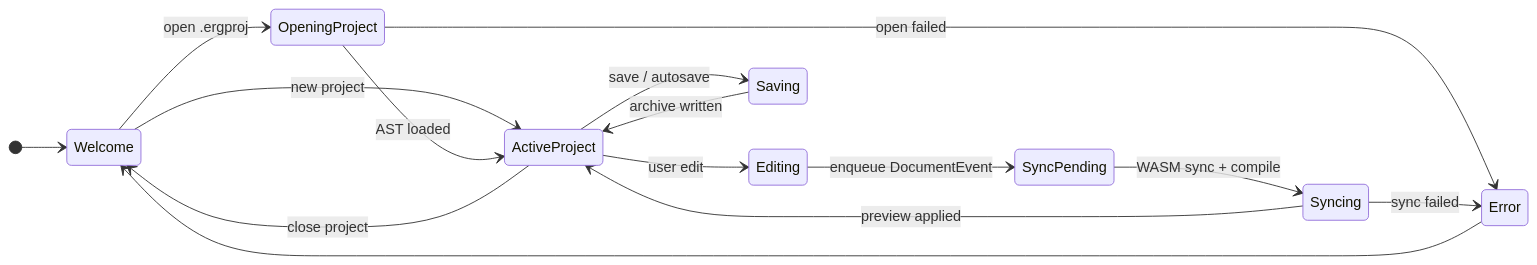
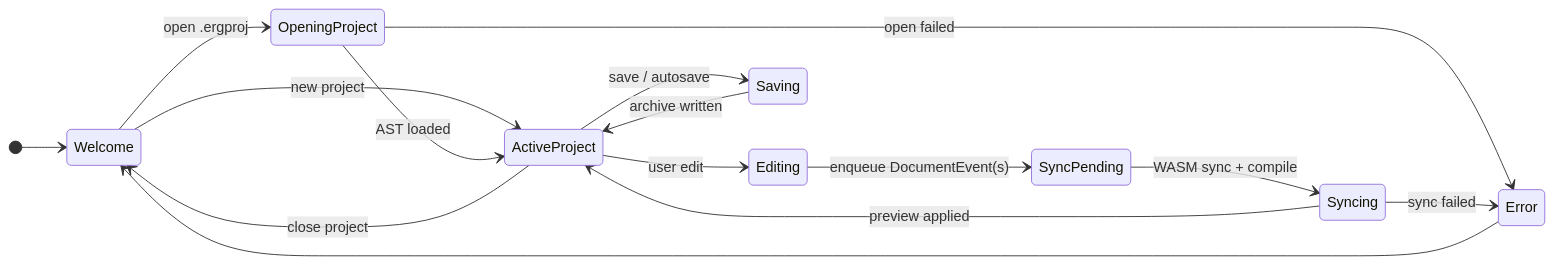
Before and after one commit to andmoreduro/ergo: the first of 5 diagrams in context/state-diagrams.md, drawn with Mermaid. The commit also changed other lines of this file and 70 other files, not shown here.

````diff
--- a/context/state-diagrams.md
+++ b/context/state-diagrams.md
@@ -7,22 +7,22 @@
 ```mermaid
 stateDiagram-v2
     direction LR
 
     [*] --> Welcome
     Welcome --> OpeningProject : open .ergproj
     Welcome --> ActiveProject : new project
 
     OpeningProject --> ActiveProject : AST loaded
     OpeningProject --> Error : open failed
     Error --> Welcome
 
     ActiveProject --> Editing : user edit
-    Editing --> SyncPending : enqueue DocumentEvent
+    Editing --> SyncPending : enqueue DocumentEvent(s)
     SyncPending --> Syncing : WASM sync + compile
     Syncing --> ActiveProject : preview applied
     Syncing --> Error : sync failed
 
     ActiveProject --> Saving : save / autosave
     Saving --> ActiveProject : archive written
     ActiveProject --> Welcome : close project
 ```
````
